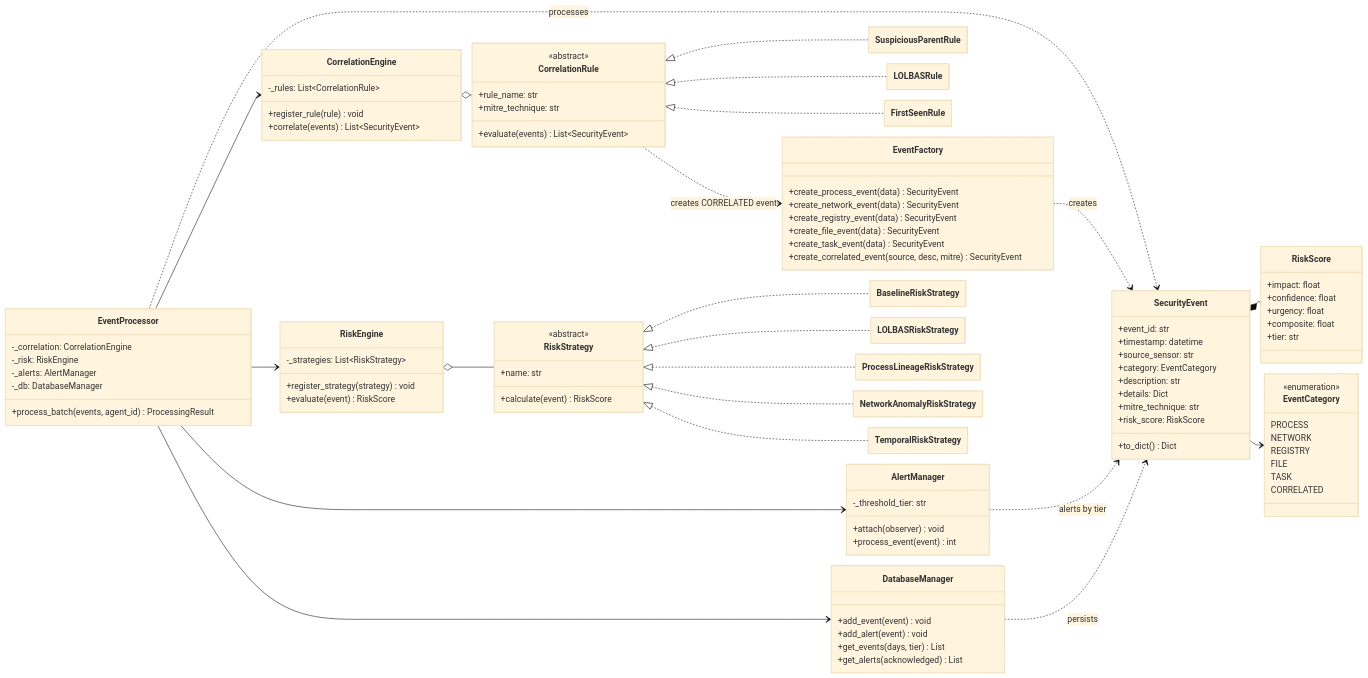
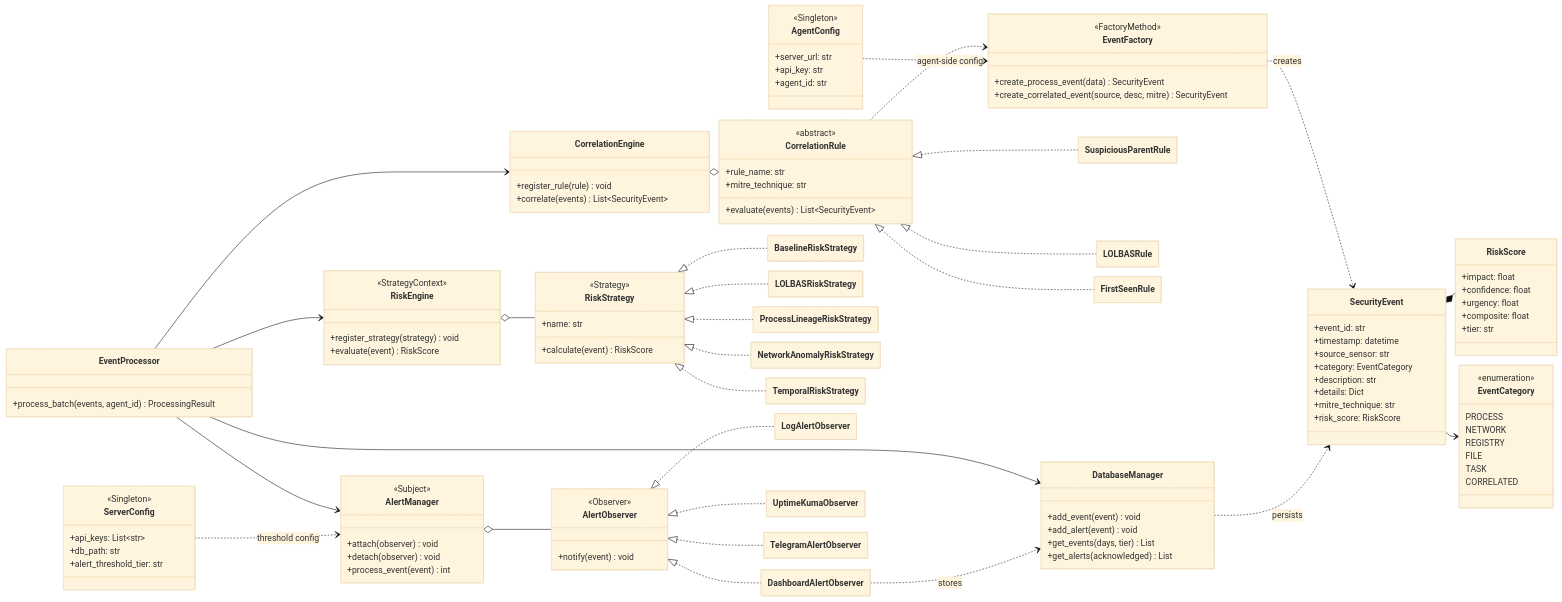
The first of 2 diagrams in uml4.md (kupetsovkn24-lgtm/HIDS), drawn with Mermaid before and after one commit. The commit also changed other lines of this file, not shown here.

Commit message:
Refactor UML class diagram for clarity and structure

````diff
--- a/uml4.md
+++ b/uml4.md
@@ -3,58 +3,67 @@
 ```mermaid
-%%{init: {"theme":"base","flowchart":{"nodeSpacing":20,"rankSpacing":20},"class":{"hideEmptyMembersBox":true}}}%%
+%%{init: {"theme":"base","flowchart":{"nodeSpacing":18,"rankSpacing":18},"class":{"hideEmptyMembersBox":true}}}%%
 classDiagram
 direction LR
 
 class SecurityEvent {
-    +event_id: str
-    +timestamp: datetime
-    +source_sensor: str
-    +category: EventCategory
-    +description: str
-    +details: Dict
-    +mitre_technique: str
-    +risk_score: RiskScore
-    +to_dict() Dict
+  +event_id: str
+  +timestamp: datetime
+  +source_sensor: str
+  +category: EventCategory
+  +description: str
+  +details: Dict
+  +mitre_technique: str
+  +risk_score: RiskScore
 }
 
 class RiskScore {
-    +impact: float
-    +confidence: float
-    +urgency: float
-    +composite: float
-    +tier: str
+  +impact: float
+  +confidence: float
+  +urgency: float
+  +composite: float
+  +tier: str
 }
 
 class EventCategory {
-    <<enumeration>>
-    PROCESS
-    NETWORK
-    REGISTRY
-    FILE
-    TASK
-    CORRELATED
+  <<enumeration>>
+  PROCESS
+  NETWORK
+  REGISTRY
+  FILE
+  TASK
+  CORRELATED
 }
 
 class EventFactory {
-    +create_process_event(data) SecurityEvent
-    +create_network_event(data) SecurityEvent
-    +create_registry_event(data) SecurityEvent
-    +create_file_event(data) SecurityEvent
-    +create_task_event(data) SecurityEvent
-    +create_correlated_event(source, desc, mitre) SecurityEvent
+  <<FactoryMethod>>
+  +create_process_event(data) SecurityEvent
+  +create_correlated_event(source, desc, mitre) SecurityEvent
+}
+
+class AgentConfig {
+  <<Singleton>>
+  +server_url: str
+  +api_key: str
+  +agent_id: str
+}
+
+class ServerConfig {
+  <<Singleton>>
+  +api_keys: List~str~
+  +db_path: str
+  +alert_threshold_tier: str
 }
 
 class CorrelationEngine {
-    -_rules: List~CorrelationRule~
-    +register_rule(rule) void
-    +correlate(events) List~SecurityEvent~
+  +register_rule(rule) void
+  +correlate(events) List~SecurityEvent~
 }
 
 class CorrelationRule {
-    <<abstract>>
-    +evaluate(events) List~SecurityEvent~
-    +rule_name: str
-    +mitre_technique: str
+  <<abstract>>
+  +evaluate(events) List~SecurityEvent~
+  +rule_name: str
+  +mitre_technique: str
 }
 
 class SuspiciousParentRule
@@ -62,15 +71,15 @@
 class FirstSeenRule
 
 class RiskEngine {
-    -_strategies: List~RiskStrategy~
-    +register_strategy(strategy) void
-    +evaluate(event) RiskScore
+  <<StrategyContext>>
+  +register_strategy(strategy) void
+  +evaluate(event) RiskScore
 }
 
 class RiskStrategy {
-    <<abstract>>
-    +calculate(event) RiskScore
-    +name: str
+  <<Strategy>>
+  +calculate(event) RiskScore
+  +name: str
 }
 
 class BaselineRiskStrategy
@@ -80,37 +89,43 @@
 class TemporalRiskStrategy
 
 class AlertManager {
-    -_threshold_tier: str
-    +attach(observer) void
-    +process_event(event) int
+  <<Subject>>
+  +attach(observer) void
+  +detach(observer) void
+  +process_event(event) int
 }
 
+class AlertObserver {
+  <<Observer>>
+  +notify(event) void
+}
+
+class LogAlertObserver
+class DashboardAlertObserver
+class UptimeKumaObserver
+class TelegramAlertObserver
+
 class DatabaseManager {
-    +add_event(event) void
-    +add_alert(event) void
-    +get_events(days, tier) List
-    +get_alerts(acknowledged) List
+  +add_event(event) void
+  +add_alert(event) void
+  +get_events(days, tier) List
+  +get_alerts(acknowledged) List
 }
 
 class EventProcessor {
-    -_correlation: CorrelationEngine
-    -_risk: RiskEngine
-    -_alerts: AlertManager
-    -_db: DatabaseManager
-    +process_batch(events, agent_id) ProcessingResult
+  +process_batch(events, agent_id) ProcessingResult
 }
 
 SecurityEvent *-- RiskScore
 SecurityEvent --> EventCategory
+EventFactory ..> SecurityEvent : creates
 DatabaseManager ..> SecurityEvent : persists
-EventProcessor ..> SecurityEvent : processes
 
 CorrelationRule <|.. SuspiciousParentRule
 CorrelationRule <|.. LOLBASRule
 CorrelationRule <|.. FirstSeenRule
 CorrelationEngine o-- CorrelationRule
-CorrelationRule ..> EventFactory : creates CORRELATED event
-EventFactory ..> SecurityEvent : creates
+CorrelationRule ..> EventFactory
 
 RiskStrategy <|.. BaselineRiskStrategy
 RiskStrategy <|.. LOLBASRiskStrategy
@@ -119,9 +134,17 @@
 RiskStrategy <|.. TemporalRiskStrategy
 RiskEngine o-- RiskStrategy
 
+AlertObserver <|.. LogAlertObserver
+AlertObserver <|.. DashboardAlertObserver
+AlertObserver <|.. UptimeKumaObserver
+AlertObserver <|.. TelegramAlertObserver
+AlertManager o-- AlertObserver
+
 EventProcessor --> CorrelationEngine
 EventProcessor --> RiskEngine
 EventProcessor --> AlertManager
 EventProcessor --> DatabaseManager
-AlertManager ..> SecurityEvent : alerts by tier
+DashboardAlertObserver ..> DatabaseManager : stores
+AgentConfig ..> EventFactory : agent-side config
+ServerConfig ..> AlertManager : threshold config
 ```
````
